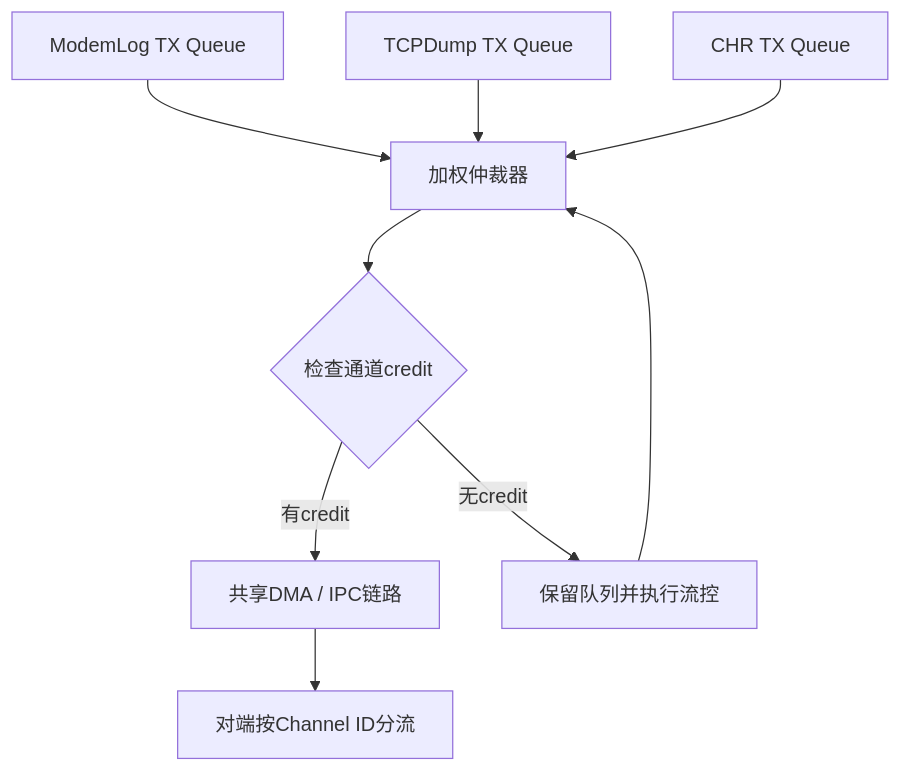
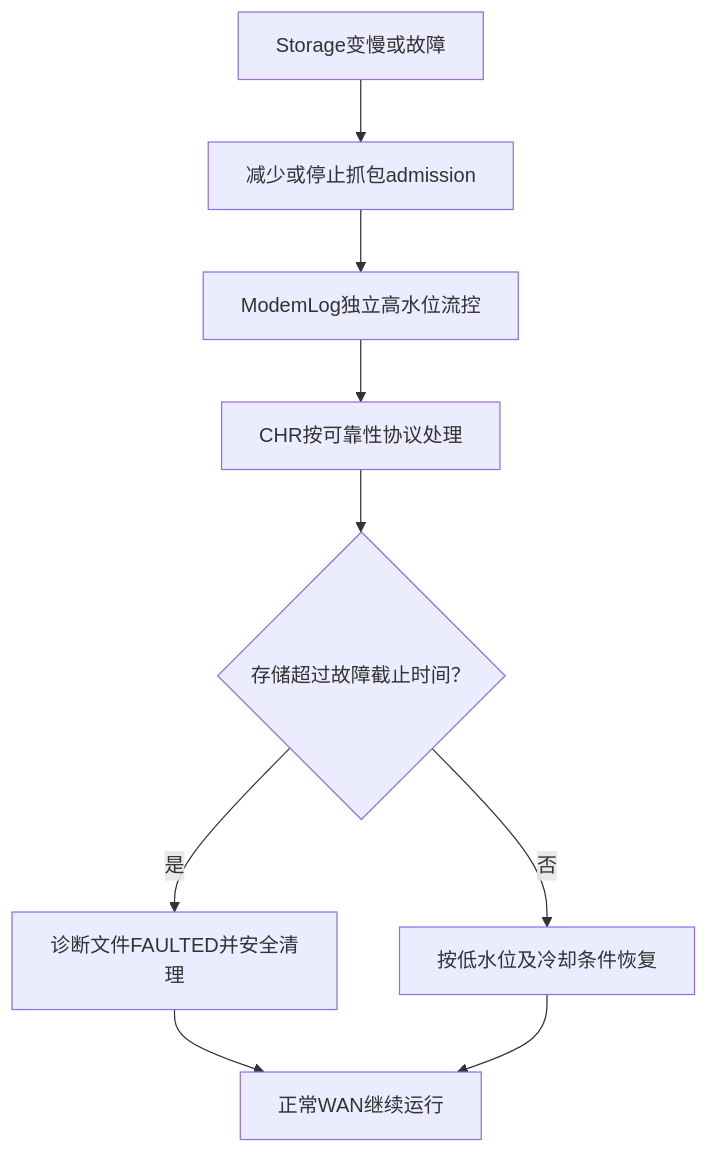
The eighth of 12 diagrams in modemlog/modem-complete-mermaid-flows.md (luckyJimLu/system-design-notes), drawn with Mermaid before and after one commit. The commit also changed other lines of this file and 7 other files, not shown here.

Commit message:
docs(modemlog): unify isolated capture, dual sockets and C++ architecture

````diff
--- a/modemlog/modem-complete-mermaid-flows.md
+++ b/modemlog/modem-complete-mermaid-flows.md
@@ -121,11 +129,11 @@
 ```mermaid
 flowchart TD
-    Q0["ModemLog TX Queue"] --> ARB["加权仲裁器"]
-    Q1["TCPDump TX Queue"] --> ARB
-    Q2["CHR TX Queue"] --> ARB
-    ARB --> CREDIT{"检查通道credit"}
-    CREDIT -->|"有credit"| DMA["共享DMA / IPC链路"]
-    CREDIT -->|"无credit"| HOLD["保留队列并执行流控"]
-    DMA --> DEMUX["对端按Channel ID分流"]
-    HOLD --> ARB
+    slow["Storage变慢或故障"] --> cap["减少或停止抓包admission"]
+    cap --> log["ModemLog独立高水位流控"]
+    log --> chr["CHR按可靠性协议处理"]
+    chr --> failed{"存储超过故障截止时间？"}
+    failed -->|"否"| recover["按低水位及冷却条件恢复"]
+    failed -->|"是"| fault["诊断文件FAULTED并安全清理"]
+    fault --> keep["正常WAN继续运行"]
+    recover --> keep
 ```
````
